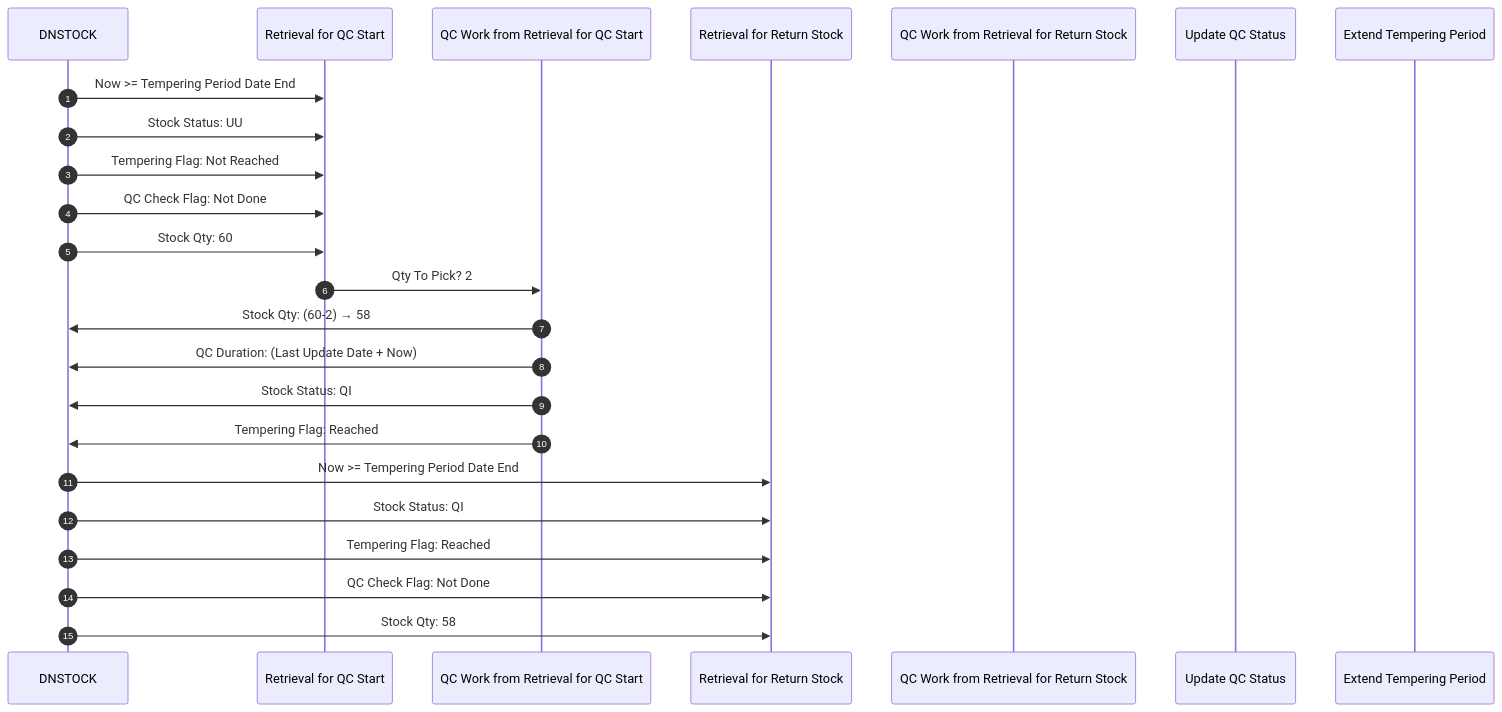
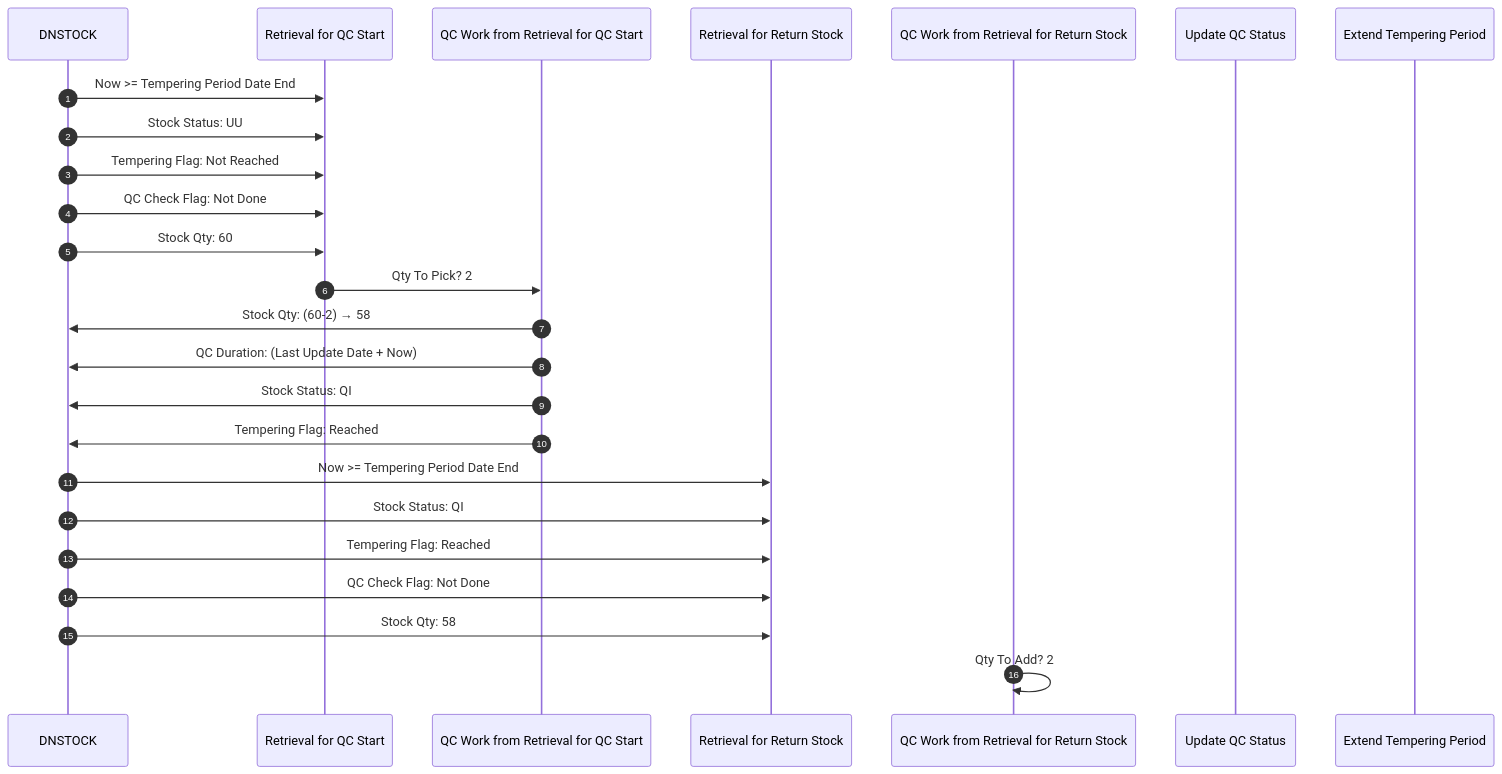
Before and after one commit to luthfiadityaa/SimeDarby-Wiki: the diagram in Basic-Design/DFD-WMS/Retrieval/QC-Setting.md, drawn with Mermaid.

Commit message:
Updated QC Setting

```diff
--- a/Basic-Design/DFD-WMS/Retrieval/QC-Setting.md
+++ b/Basic-Design/DFD-WMS/Retrieval/QC-Setting.md
@@ -11,35 +11,37 @@
 ::: mermaid
 sequenceDiagram
     autonumber
 
     participant DNSTOCK
     participant Retrieval for QC Start
     participant QC Work from Retrieval for QC Start
     participant Retrieval for Return Stock
     participant QC Work from Retrieval for Return Stock
     participant Update QC Status
     participant Extend Tempering Period
 
     %% --- 1. DNSTOCK ---
     DNSTOCK ->> Retrieval for QC Start: Now >= Tempering Period Date End
     DNSTOCK ->> Retrieval for QC Start: Stock Status: UU  
     DNSTOCK ->> Retrieval for QC Start: Tempering Flag: Not Reached 
     DNSTOCK ->> Retrieval for QC Start: QC Check Flag: Not Done
     DNSTOCK ->> Retrieval for QC Start: Stock Qty: 60
 
     %% --- 2. Retrieval for QC Start ---
     Retrieval for QC Start ->> QC Work from Retrieval for QC Start: Qty To Pick?  2
 
     %% --- 3. QC Work from Retrieval for QC Start ---
     QC Work from Retrieval for QC Start ->> DNSTOCK: Stock Qty: (60-2) → 58
     QC Work from Retrieval for QC Start ->> DNSTOCK: QC Duration: (Last Update Date + Now)
     QC Work from Retrieval for QC Start ->> DNSTOCK: Stock Status: QI
     QC Work from Retrieval for QC Start ->> DNSTOCK: Tempering Flag: Reached
 
     %% --- 4. QC Work from Retrieval for Return Stock ---
     DNSTOCK ->> Retrieval for Return Stock: Now >= Tempering Period Date End
     DNSTOCK ->> Retrieval for Return Stock: Stock Status: QI  
     DNSTOCK ->> Retrieval for Return Stock: Tempering Flag: Reached 
     DNSTOCK ->> Retrieval for Return Stock: QC Check Flag: Not Done
     DNSTOCK ->> Retrieval for Return Stock: Stock Qty: 58
+
+    QC Work from Retrieval for Return Stock ->> QC Work from Retrieval for Return Stock: Qty To Add?  2
 :::
```
